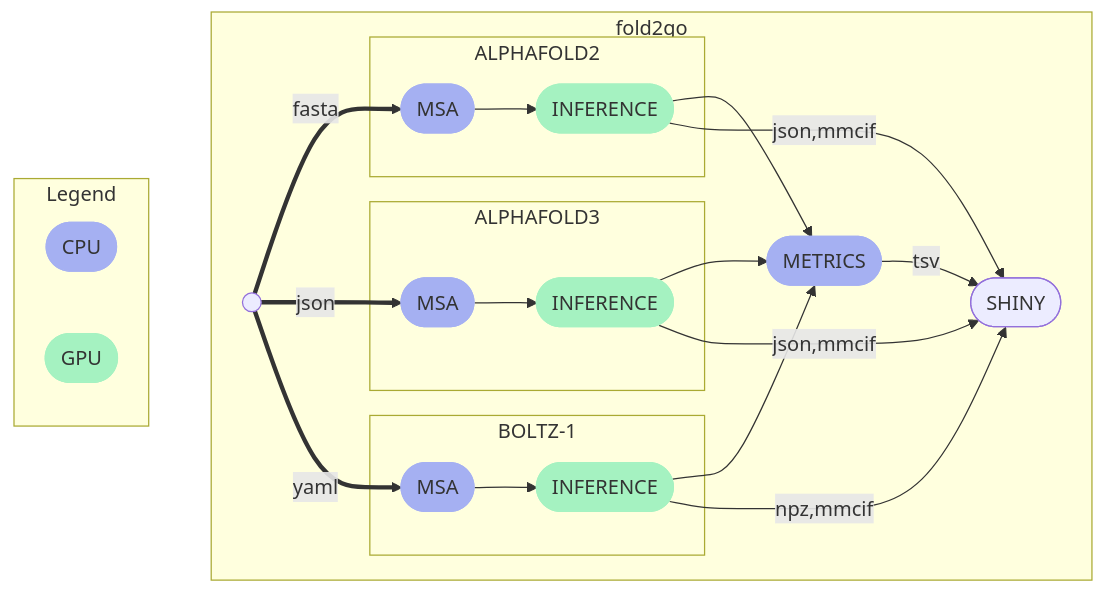
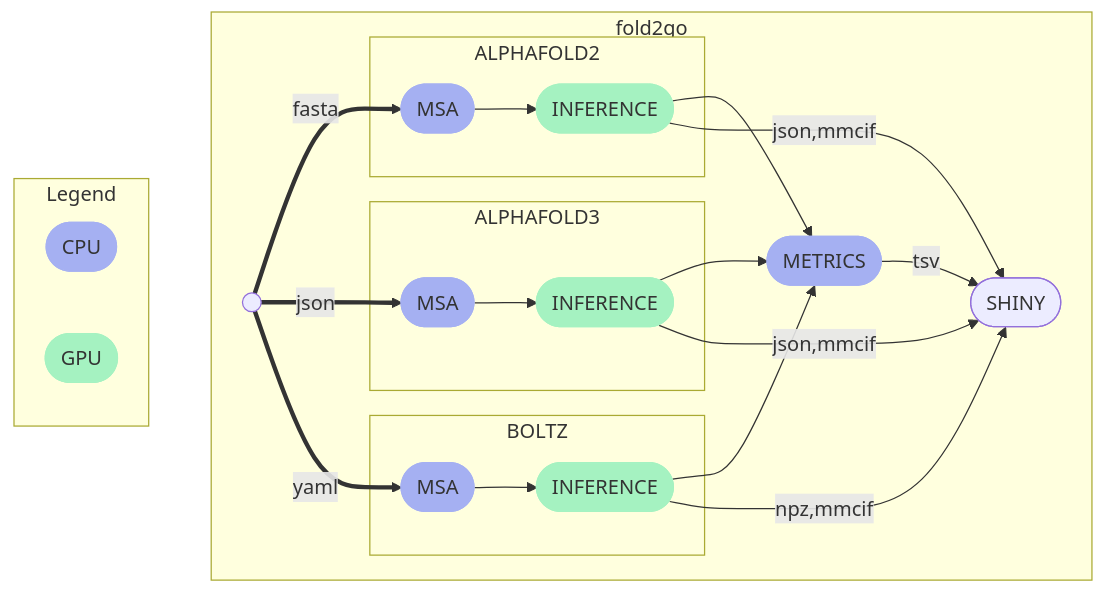
Before and after one commit to imbforge/fold2go: the diagram in README.md, drawn with Mermaid. The commit also changed other lines of this file, not shown here.

````diff
--- a/README.md
+++ b/README.md
@@ -16,41 +16,41 @@
 ```mermaid
 flowchart LR
     classDef cpu stroke:#A5B0F2,fill:#A5B0F2
     classDef gpu stroke:#A5F2C1,fill:#A5F2C1
     subgraph Legend
         l2([CPU]):::cpu
         l1([GPU]):::gpu
     end
     l1 ~~~ v1
     l2 ~~~ v1
     subgraph fold2go
         subgraph af2["ALPHAFOLD2"]
             v11([MSA]):::cpu
             v12([INFERENCE]):::gpu
         v11 --> v12
         end
         subgraph af3["ALPHAFOLD3"]
             v21([MSA]):::cpu
             v22([INFERENCE]):::gpu
         v21 --> v22
         end
-        subgraph boltz["BOLTZ-1"]
+        subgraph boltz["BOLTZ"]
             v31([MSA]):::cpu
             v32([INFERENCE]):::gpu
         v31 --> v32
         end
         v12 --> v4
         v22 --> v4
         v32 --> v4
     v4  --tsv--> v5
     v12 --json,mmcif--> v5
     v22 --json,mmcif--> v5
     v32 --npz,mmcif--> v5
     v1(( ))
     v1 ==fasta==> v11
     v1 ==json==> v21
     v1 ==yaml==> v31
     v4([METRICS]):::cpu
     v5([SHINY])
     end
 ```
````
